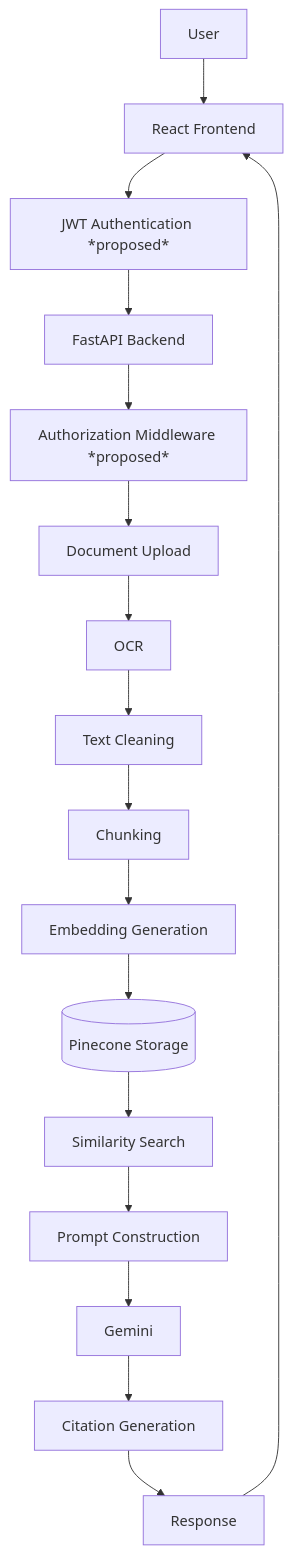
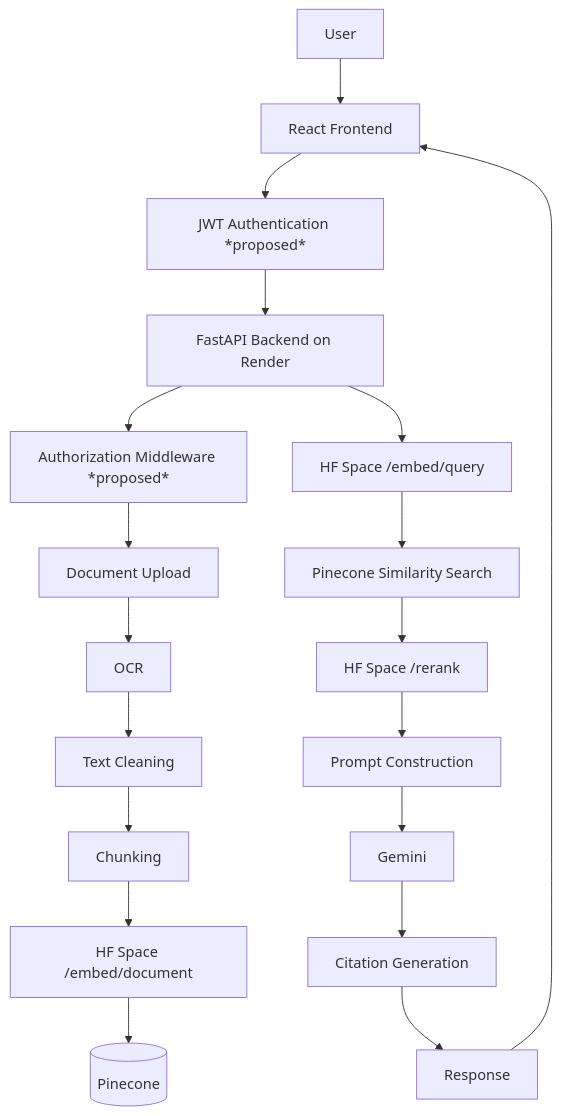
The first of 2 diagrams in SYSTEM_ARCHITECTURE.md (NeetiQ/Samarth_internship_2026_RAG_Chatbot), drawn with Mermaid before and after one commit. The commit also changed other lines of this file and 9 other files, not shown here.

````diff
--- a/SYSTEM_ARCHITECTURE.md
+++ b/SYSTEM_ARCHITECTURE.md
@@ -11,19 +13,21 @@
 ```mermaid
 graph TD
     U[User] --> FE[React Frontend]
     FE --> AUTH[JWT Authentication *proposed*]
-    AUTH --> API[FastAPI Backend]
+    AUTH --> API[FastAPI Backend on Render]
     API --> AZ[Authorization Middleware *proposed*]
     AZ --> UP[Document Upload]
     UP --> OCR[OCR]
     OCR --> CLEAN[Text Cleaning]
     CLEAN --> CHUNK[Chunking]
-    CHUNK --> EMBED[Embedding Generation]
-    EMBED --> PGV[(Pinecone Storage)]
-    PGV --> SEARCH[Similarity Search]
-    SEARCH --> PROMPT[Prompt Construction]
+    CHUNK --> HF_EMBED[HF Space /embed/document]
+    HF_EMBED --> PGV[(Pinecone)]
+    API --> HF_QUERY[HF Space /embed/query]
+    HF_QUERY --> SEARCH[Pinecone Similarity Search]
+    SEARCH --> HF_RERANK[HF Space /rerank]
+    HF_RERANK --> PROMPT[Prompt Construction]
     PROMPT --> GEMINI[Gemini]
     GEMINI --> CITE[Citation Generation]
     CITE --> RESP[Response]
     RESP --> FE
 ```
````
